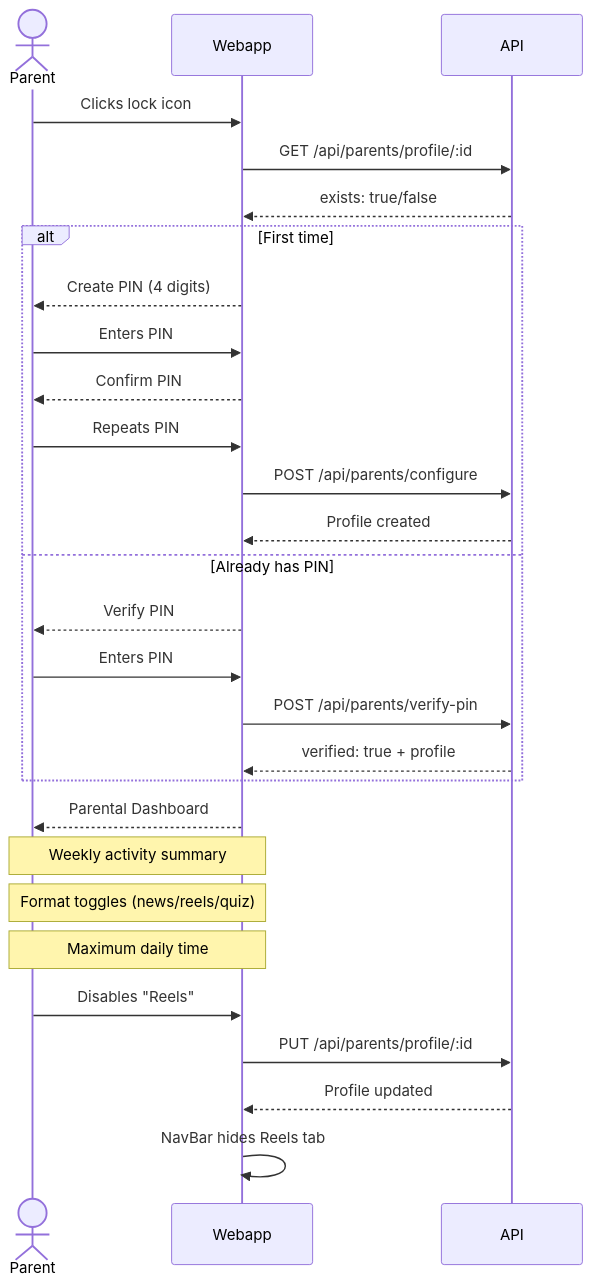
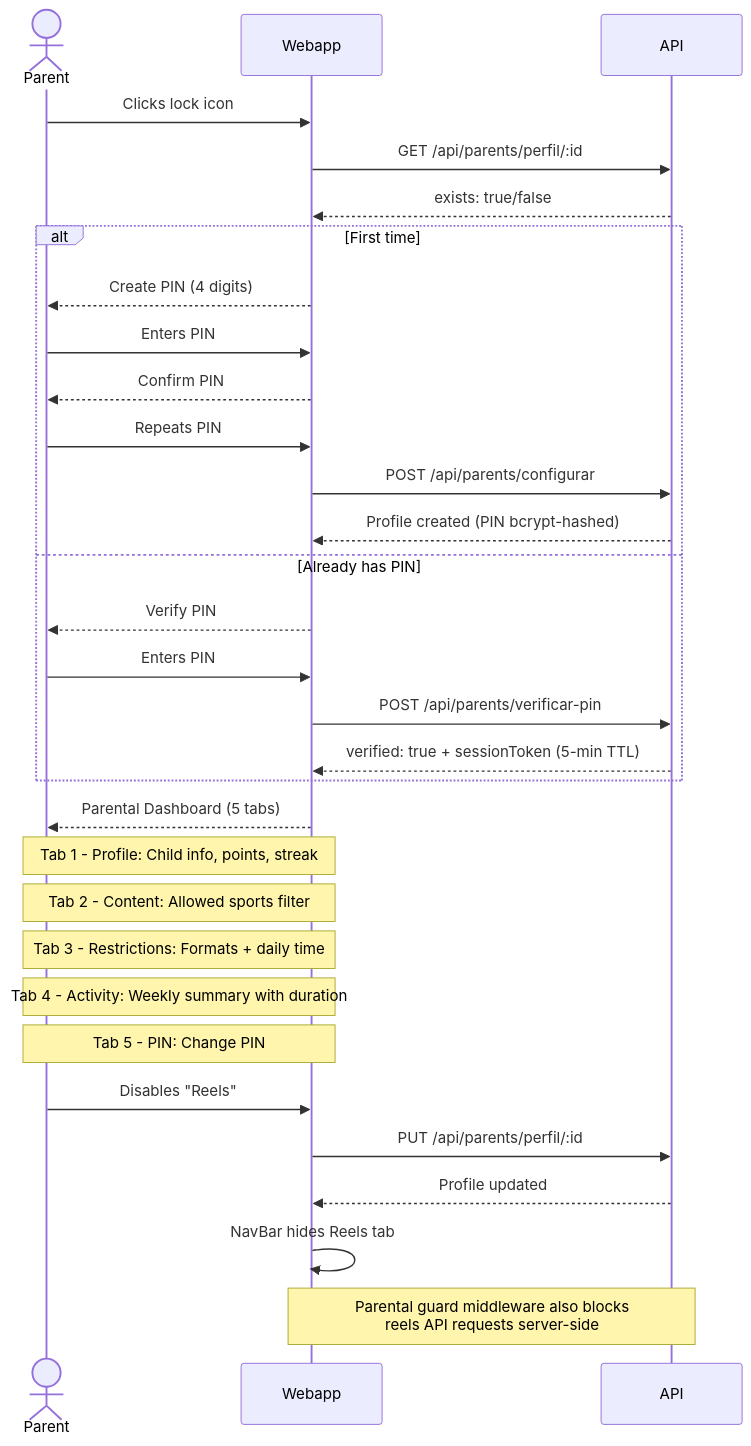
Before and after one commit to durdy48/SportyKids: the fourth of 5 diagrams in docs/en/05-user-flows.md, drawn with Mermaid. The commit also changed other lines of this file and 22 other files, not shown here.

````diff
--- a/docs/en/05-user-flows.md
+++ b/docs/en/05-user-flows.md
@@ -120,34 +169,38 @@
 ```mermaid
 sequenceDiagram
     actor Parent as Parent
     participant App as Webapp
     participant API as API
 
     Parent->>App: Clicks lock icon
-    App->>API: GET /api/parents/profile/:id
+    App->>API: GET /api/parents/perfil/:id
     API-->>App: exists: true/false
 
     alt First time
         App-->>Parent: Create PIN (4 digits)
         Parent->>App: Enters PIN
         App-->>Parent: Confirm PIN
         Parent->>App: Repeats PIN
-        App->>API: POST /api/parents/configure
-        API-->>App: Profile created
+        App->>API: POST /api/parents/configurar
+        API-->>App: Profile created (PIN bcrypt-hashed)
     else Already has PIN
         App-->>Parent: Verify PIN
         Parent->>App: Enters PIN
-        App->>API: POST /api/parents/verify-pin
-        API-->>App: verified: true + profile
+        App->>API: POST /api/parents/verificar-pin
+        API-->>App: verified: true + sessionToken (5-min TTL)
     end
 
-    App-->>Parent: Parental Dashboard
-    Note over Parent,App: Weekly activity summary
-    Note over Parent,App: Format toggles (news/reels/quiz)
-    Note over Parent,App: Maximum daily time
+    App-->>Parent: Parental Dashboard (5 tabs)
+
+    Note over Parent,App: Tab 1 - Profile: Child info, points, streak
+    Note over Parent,App: Tab 2 - Content: Allowed sports filter
+    Note over Parent,App: Tab 3 - Restrictions: Formats + daily time
+    Note over Parent,App: Tab 4 - Activity: Weekly summary with duration
+    Note over Parent,App: Tab 5 - PIN: Change PIN
 
     Parent->>App: Disables "Reels"
-    App->>API: PUT /api/parents/profile/:id
+    App->>API: PUT /api/parents/perfil/:id
     API-->>App: Profile updated
     App->>App: NavBar hides Reels tab
+    Note over App,API: Parental guard middleware also blocks<br/>reels API requests server-side
 ```
````
